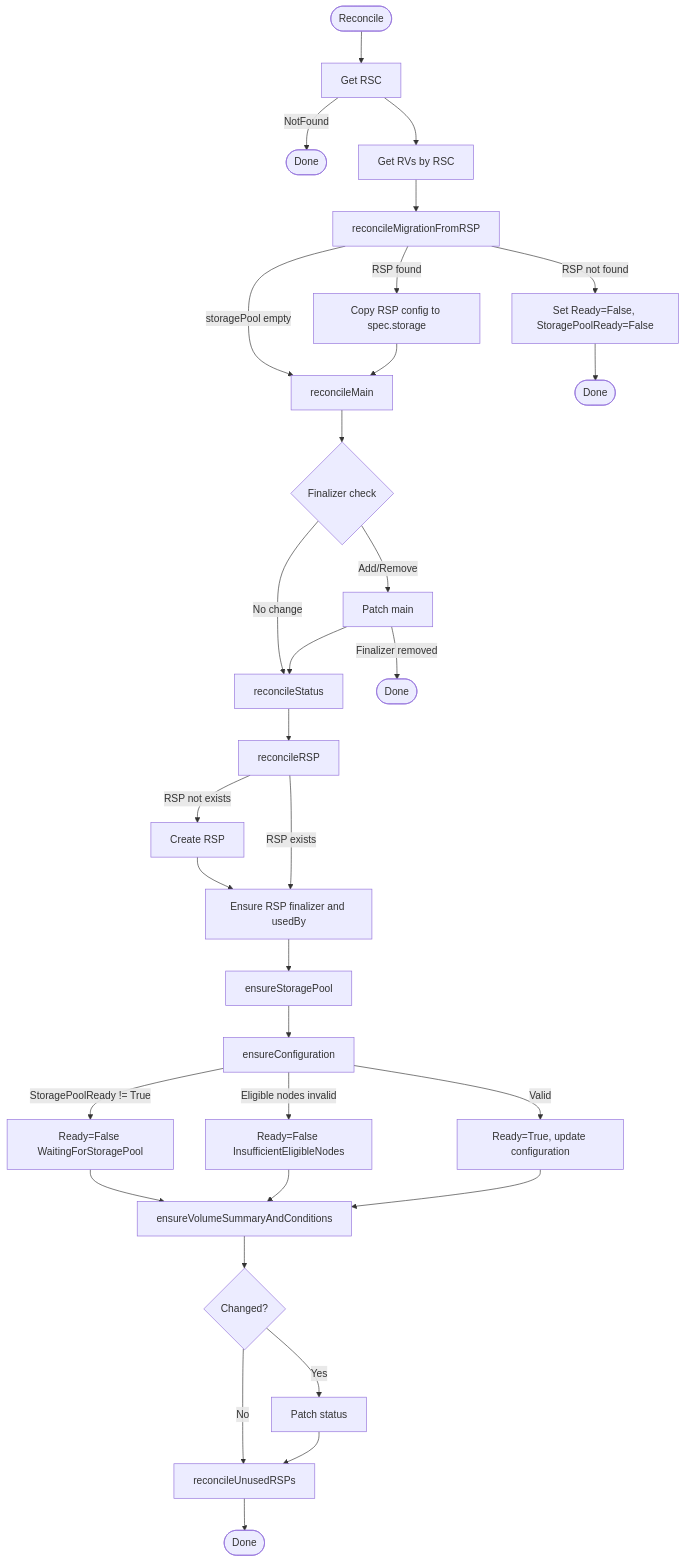
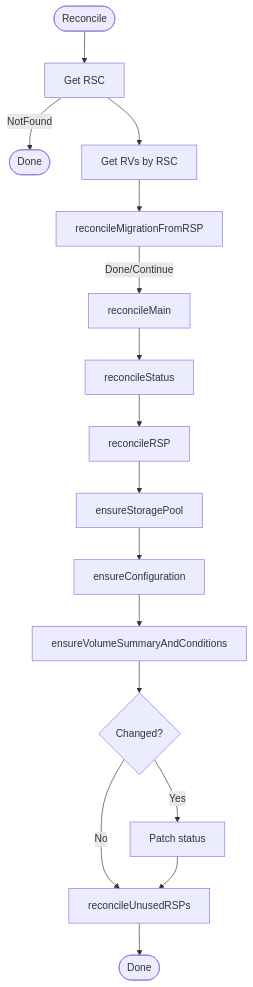
One commit to deckhouse/sds-replicated-volume changed the first of 7 diagrams in images/controller/internal/controllers/rsc_controller/README.md. Above: the diagram before and after it, drawn with Mermaid. The commit also changed other lines of this file and 2 other files, not shown here.

````diff
--- a/images/controller/internal/controllers/rsc_controller/README.md
+++ b/images/controller/internal/controllers/rsc_controller/README.md
@@ -61,41 +65,21 @@
 ```mermaid
 flowchart TD
     Start([Reconcile]) --> GetRSC[Get RSC]
     GetRSC -->|NotFound| Done1([Done])
     GetRSC --> GetRVs[Get RVs by RSC]
 
     GetRVs --> Migration[reconcileMigrationFromRSP]
-    Migration -->|storagePool empty| Main
-    Migration -->|RSP not found| SetMigrationFailed[Set Ready=False, StoragePoolReady=False]
-    SetMigrationFailed --> Done2([Done])
-    Migration -->|RSP found| MigrateStorage[Copy RSP config to spec.storage]
-    MigrateStorage --> Main
+    Migration -->|Done/Continue| Main[reconcileMain]
+    Main --> Status[reconcileStatus]
 
-    Main[reconcileMain] --> CheckFinalizer{Finalizer check}
-    CheckFinalizer -->|Add/Remove| PatchMain[Patch main]
-    CheckFinalizer -->|No change| Status
-    PatchMain -->|Finalizer removed| Done3([Done])
-    PatchMain --> Status
-
-    Status[reconcileStatus] --> ReconcileRSP[reconcileRSP]
-    ReconcileRSP -->|RSP not exists| CreateRSP[Create RSP]
-    CreateRSP --> EnsureRSPMain[Ensure RSP finalizer and usedBy]
-    ReconcileRSP -->|RSP exists| EnsureRSPMain
-
-    EnsureRSPMain --> EnsureStoragePool[ensureStoragePool]
+    Status --> ReconcileRSP[reconcileRSP]
+    ReconcileRSP --> EnsureStoragePool[ensureStoragePool]
     EnsureStoragePool --> EnsureConfig[ensureConfiguration]
-
-    EnsureConfig -->|StoragePoolReady != True| SetWaiting[Ready=False WaitingForStoragePool]
-    EnsureConfig -->|Eligible nodes invalid| SetInvalid[Ready=False InsufficientEligibleNodes]
-    EnsureConfig -->|Valid| SetReady[Ready=True, update configuration]
-    SetWaiting --> EnsureVolumes
-    SetInvalid --> EnsureVolumes
-    SetReady --> EnsureVolumes
-
-    EnsureVolumes[ensureVolumeSummaryAndConditions] --> Changed{Changed?}
-    Changed -->|Yes| PatchStatus[Patch status]
-    Changed -->|No| ReleaseRSPs
+    EnsureConfig --> EnsureVolumes[ensureVolumeSummaryAndConditions]
+    EnsureVolumes --> PatchDecision{Changed?}
+    PatchDecision -->|Yes| PatchStatus[Patch status]
+    PatchDecision -->|No| ReleaseRSPs
     PatchStatus --> ReleaseRSPs
 
     ReleaseRSPs[reconcileUnusedRSPs] --> EndNode([Done])
 ```
````
